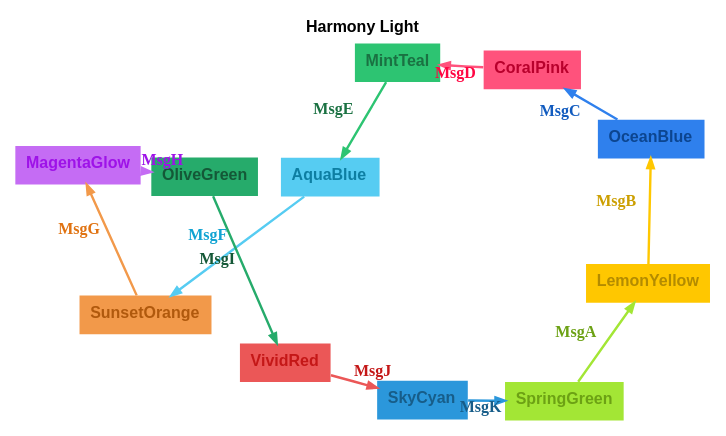
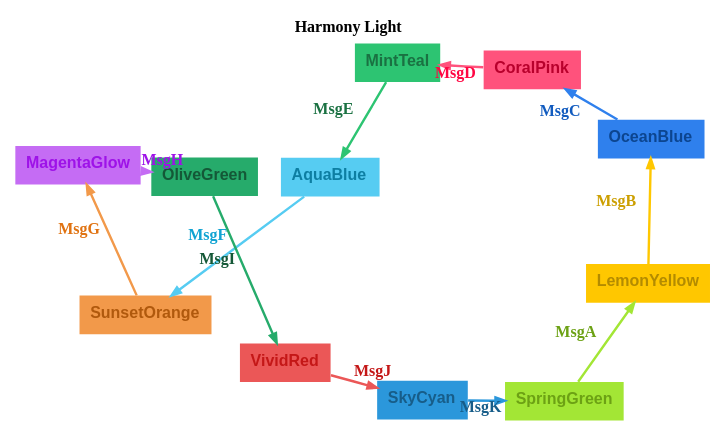
One commit to m-bock/purescript-transit changed the diagram in renders/themes/harmony-light.dot. Above: the diagram before and after it, drawn with Graphviz. The commit also changed 26 other files, not shown here.

First line of the commit message:
Refactor Graphviz DOT files to enhance structure and readability

```diff
--- a/renders/themes/harmony-light.dot
+++ b/renders/themes/harmony-light.dot
@@ -1,41 +1,55 @@
 digraph {
+  // Global attributes
   graph [
     layout = "sfdp"
     overlap = false
     K = 2.5
     repulsiveforce = 4
     splines = true
     rankdir = TD
-    fontname = Arial
     labelloc = t
     fontsize = 12.0
     bgcolor = "#ffffff"
     color = "#000000"
     fontcolor = "#000000"
     label = <<b>Harmony Light</b>>
   ]
-  node []
-  edge []
-  SpringGreen [shape = box, label = <<b>SpringGreen</b>>, fontsize = 12.0, style = filled, fillcolor = "#a3e635", fontcolor = "#6ca114", color = "#a3e635", fontname = Arial, labelloc = c, penwidth = 0.0, height = 0.4]
-  LemonYellow [shape = box, label = <<b>LemonYellow</b>>, fontsize = 12.0, style = filled, fillcolor = "#ffc700", fontcolor = "#b38b00", color = "#ffc700", fontname = Arial, labelloc = c, penwidth = 0.0, height = 0.4]
-  OceanBlue [shape = box, label = <<b>OceanBlue</b>>, fontsize = 12.0, style = filled, fillcolor = "#2f80ed", fontcolor = "#0c4590", color = "#2f80ed", fontname = Arial, labelloc = c, penwidth = 0.0, height = 0.4]
-  CoralPink [shape = box, label = <<b>CoralPink</b>>, fontsize = 12.0, style = filled, fillcolor = "#ff527c", fontcolor = "#b8002c", color = "#ff527c", fontname = Arial, labelloc = c, penwidth = 0.0, height = 0.4]
-  MintTeal [shape = box, label = <<b>MintTeal</b>>, fontsize = 12.0, style = filled, fillcolor = "#2dc472", fontcolor = "#1a7142", color = "#2dc472", fontname = Arial, labelloc = c, penwidth = 0.0, height = 0.4]
-  AquaBlue [shape = box, label = <<b>AquaBlue</b>>, fontsize = 12.0, style = filled, fillcolor = "#56ccf2", fontcolor = "#0d7ea2", color = "#56ccf2", fontname = Arial, labelloc = c, penwidth = 0.0, height = 0.4]
-  SunsetOrange [shape = box, label = <<b>SunsetOrange</b>>, fontsize = 12.0, style = filled, fillcolor = "#f2994a", fontcolor = "#b0590d", color = "#f2994a", fontname = Arial, labelloc = c, penwidth = 0.0, height = 0.4]
-  MagentaGlow [shape = box, label = <<b>MagentaGlow</b>>, fontsize = 12.0, style = filled, fillcolor = "#c56cf4", fontcolor = "#9e12e8", color = "#c56cf4", fontname = Arial, labelloc = c, penwidth = 0.0, height = 0.4]
-  OliveGreen [shape = box, label = <<b>OliveGreen</b>>, fontsize = 12.0, style = filled, fillcolor = "#26ab6b", fontcolor = "#145837", color = "#26ab6b", fontname = Arial, labelloc = c, penwidth = 0.0, height = 0.4]
-  VividRed [shape = box, label = <<b>VividRed</b>>, fontsize = 12.0, style = filled, fillcolor = "#eb5757", fontcolor = "#c41717", color = "#eb5757", fontname = Arial, labelloc = c, penwidth = 0.0, height = 0.4]
-  SkyCyan [shape = box, label = <<b>SkyCyan</b>>, fontsize = 12.0, style = filled, fillcolor = "#2b97db", fontcolor = "#175d89", color = "#2b97db", fontname = Arial, labelloc = c, penwidth = 0.0, height = 0.4]
-  SpringGreen -> LemonYellow [color = "#a3e635", fontcolor = "#6ca114", fontsize = 12.0, arrowsize = 0.7, label = <<b>MsgA</b>>, penwidth = 1.8]
-  LemonYellow -> OceanBlue [color = "#ffc700", fontcolor = "#cc9f00", fontsize = 12.0, arrowsize = 0.7, label = <<b>MsgB</b>>, penwidth = 1.8]
-  OceanBlue -> CoralPink [color = "#2f80ed", fontcolor = "#115bbf", fontsize = 12.0, arrowsize = 0.7, label = <<b>MsgC</b>>, penwidth = 1.8]
-  CoralPink -> MintTeal [color = "#ff527c", fontcolor = "#ff0642", fontsize = 12.0, arrowsize = 0.7, label = <<b>MsgD</b>>, penwidth = 1.8]
-  MintTeal -> AquaBlue [color = "#2dc472", fontcolor = "#1a7142", fontsize = 12.0, arrowsize = 0.7, label = <<b>MsgE</b>>, penwidth = 1.8]
-  AquaBlue -> SunsetOrange [color = "#56ccf2", fontcolor = "#10a3d2", fontsize = 12.0, arrowsize = 0.7, label = <<b>MsgF</b>>, penwidth = 1.8]
-  SunsetOrange -> MagentaGlow [color = "#f2994a", fontcolor = "#e07210", fontsize = 12.0, arrowsize = 0.7, label = <<b>MsgG</b>>, penwidth = 1.8]
-  MagentaGlow -> OliveGreen [color = "#c56cf4", fontcolor = "#9e12e8", fontsize = 12.0, arrowsize = 0.7, label = <<b>MsgH</b>>, penwidth = 1.8]
-  OliveGreen -> VividRed [color = "#26ab6b", fontcolor = "#145837", fontsize = 12.0, arrowsize = 0.7, label = <<b>MsgI</b>>, penwidth = 1.8]
-  VividRed -> SkyCyan [color = "#eb5757", fontcolor = "#c41717", fontsize = 12.0, arrowsize = 0.7, label = <<b>MsgJ</b>>, penwidth = 1.8]
-  SkyCyan -> SpringGreen [color = "#2b97db", fontcolor = "#175d89", fontsize = 12.0, arrowsize = 0.7, label = <<b>MsgK</b>>, penwidth = 1.8]
+  node [
+    style = filled
+    fontsize = 12.0
+    fontname = Arial
+    penwidth = 0.0
+    labelloc = c
+  ]
+  edge [
+    arrowsize = 0.7
+    penwidth = 1.8
+    fontsize = 12.0
+  ]
+  
+  // Nodes
+  SpringGreen [shape = box, label = <<b>SpringGreen</b>>, height = 0.4, fontcolor = "#6ca114", fillcolor = "#a3e635", color = "#a3e635"]
+  LemonYellow [shape = box, label = <<b>LemonYellow</b>>, height = 0.4, fontcolor = "#b38b00", fillcolor = "#ffc700", color = "#ffc700"]
+  OceanBlue [shape = box, label = <<b>OceanBlue</b>>, height = 0.4, fontcolor = "#0c4590", fillcolor = "#2f80ed", color = "#2f80ed"]
+  CoralPink [shape = box, label = <<b>CoralPink</b>>, height = 0.4, fontcolor = "#b8002c", fillcolor = "#ff527c", color = "#ff527c"]
+  MintTeal [shape = box, label = <<b>MintTeal</b>>, height = 0.4, fontcolor = "#1a7142", fillcolor = "#2dc472", color = "#2dc472"]
+  AquaBlue [shape = box, label = <<b>AquaBlue</b>>, height = 0.4, fontcolor = "#0d7ea2", fillcolor = "#56ccf2", color = "#56ccf2"]
+  SunsetOrange [shape = box, label = <<b>SunsetOrange</b>>, height = 0.4, fontcolor = "#b0590d", fillcolor = "#f2994a", color = "#f2994a"]
+  MagentaGlow [shape = box, label = <<b>MagentaGlow</b>>, height = 0.4, fontcolor = "#9e12e8", fillcolor = "#c56cf4", color = "#c56cf4"]
+  OliveGreen [shape = box, label = <<b>OliveGreen</b>>, height = 0.4, fontcolor = "#145837", fillcolor = "#26ab6b", color = "#26ab6b"]
+  VividRed [shape = box, label = <<b>VividRed</b>>, height = 0.4, fontcolor = "#c41717", fillcolor = "#eb5757", color = "#eb5757"]
+  SkyCyan [shape = box, label = <<b>SkyCyan</b>>, height = 0.4, fontcolor = "#175d89", fillcolor = "#2b97db", color = "#2b97db"]
+  
+  // Edges
+  SpringGreen -> LemonYellow [label = <<b>MsgA</b>>, color = "#a3e635", fontcolor = "#6ca114"]
+  LemonYellow -> OceanBlue [label = <<b>MsgB</b>>, color = "#ffc700", fontcolor = "#cc9f00"]
+  OceanBlue -> CoralPink [label = <<b>MsgC</b>>, color = "#2f80ed", fontcolor = "#115bbf"]
+  CoralPink -> MintTeal [label = <<b>MsgD</b>>, color = "#ff527c", fontcolor = "#ff0642"]
+  MintTeal -> AquaBlue [label = <<b>MsgE</b>>, color = "#2dc472", fontcolor = "#1a7142"]
+  AquaBlue -> SunsetOrange [label = <<b>MsgF</b>>, color = "#56ccf2", fontcolor = "#10a3d2"]
+  SunsetOrange -> MagentaGlow [label = <<b>MsgG</b>>, color = "#f2994a", fontcolor = "#e07210"]
+  MagentaGlow -> OliveGreen [label = <<b>MsgH</b>>, color = "#c56cf4", fontcolor = "#9e12e8"]
+  OliveGreen -> VividRed [label = <<b>MsgI</b>>, color = "#26ab6b", fontcolor = "#145837"]
+  VividRed -> SkyCyan [label = <<b>MsgJ</b>>, color = "#eb5757", fontcolor = "#c41717"]
+  SkyCyan -> SpringGreen [label = <<b>MsgK</b>>, color = "#2b97db", fontcolor = "#175d89"]
 }
```
